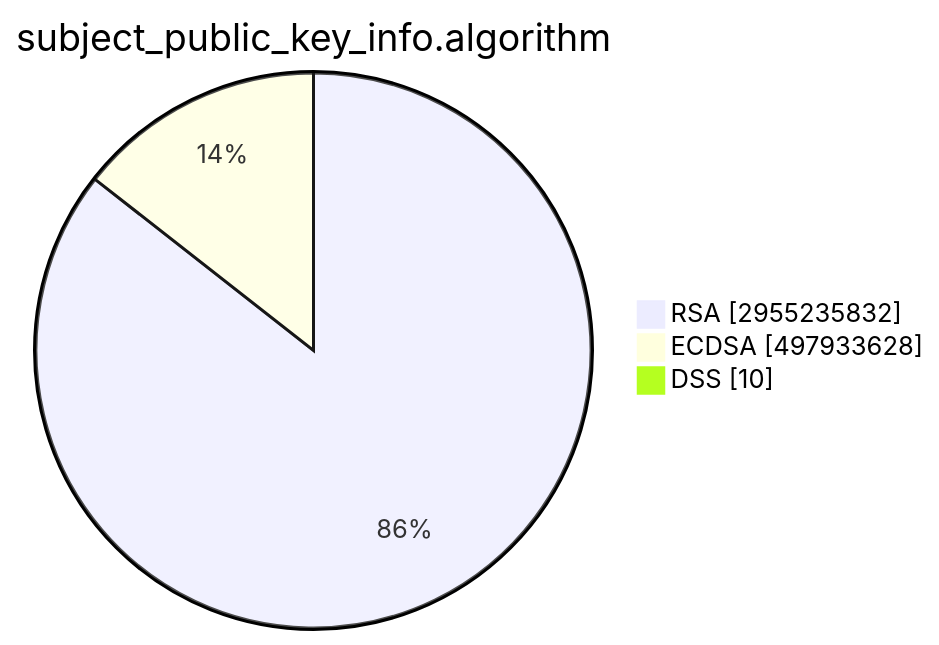
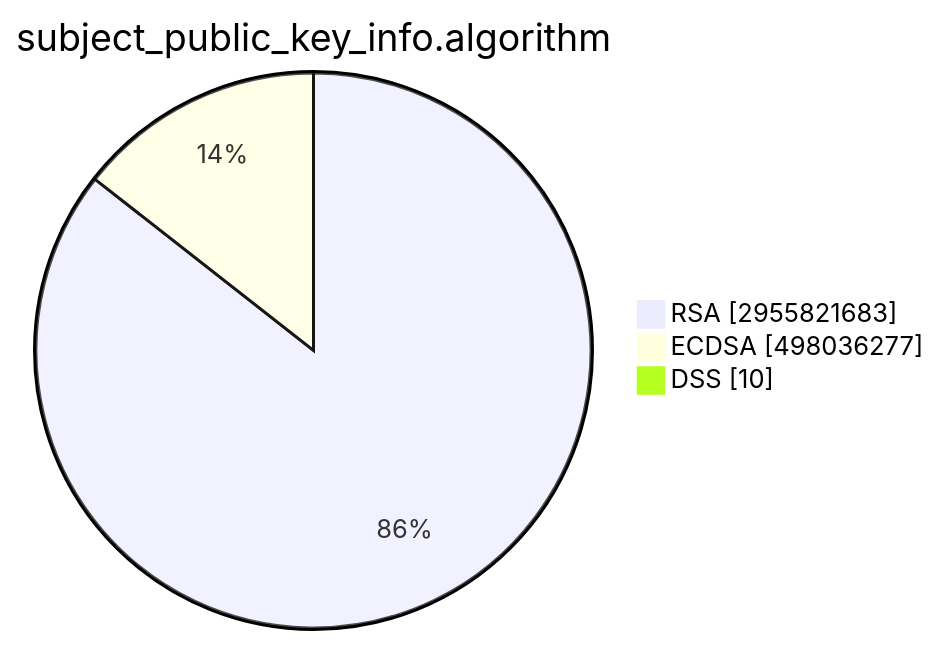
One commit to christiankrug/ctmonitor_visualization changed the second of 15 diagrams in TOTAL/README.md. Above: the diagram before and after it, drawn with Mermaid. The commit also changed other lines of this file, not shown here.

````diff
--- a/TOTAL/README.md
+++ b/TOTAL/README.md
@@ -6,7 +6,7 @@
 ```mermaid
 pie showData
 title subject_public_key_info.algorithm
-"RSA" :2955235832
-"ECDSA" :497933628
+"RSA" :2955821683
+"ECDSA" :498036277
 "DSS" :10
 ```
````
